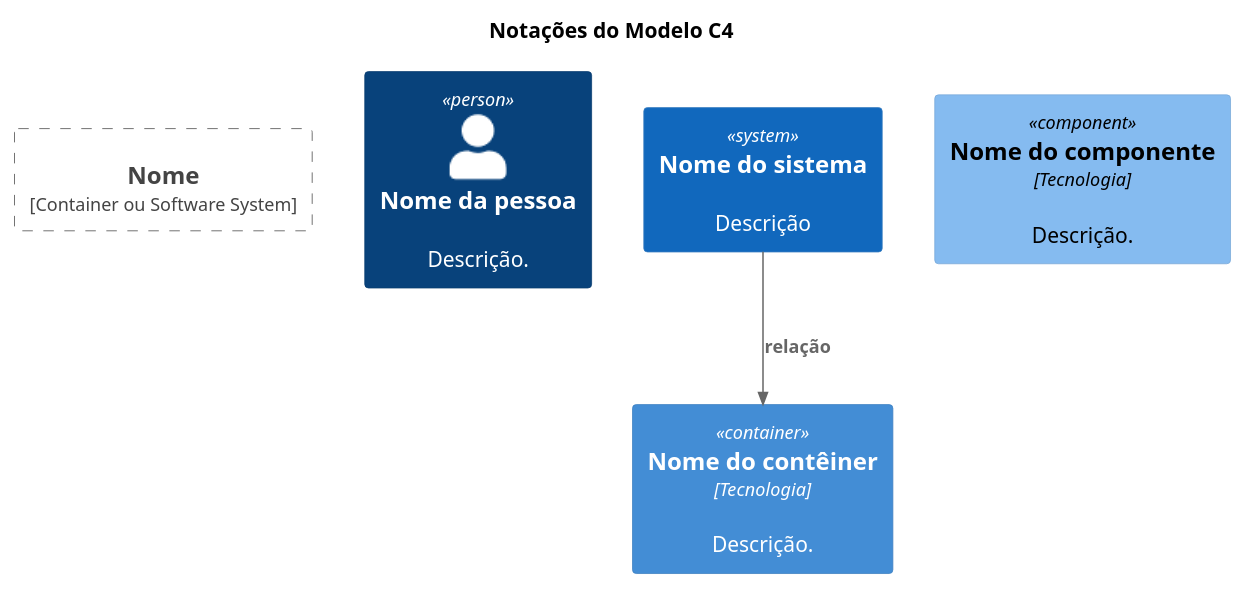
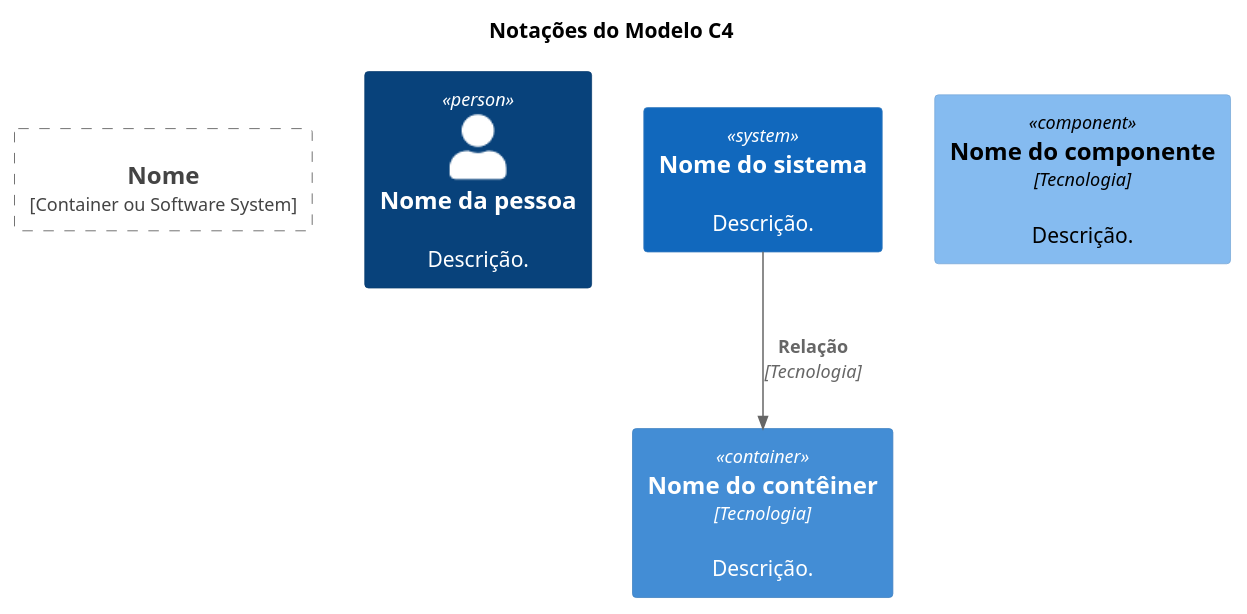
The diagram in notation.puml (cassiobotaro/modeloC4), drawn with PlantUML before and after one commit. The commit also changed 1 other file, not shown here.

```diff
--- a/notation.puml
+++ b/notation.puml
@@ -1,15 +1,15 @@
 @startuml Notation
 !include https://raw.githubusercontent.com/plantuml-stdlib/C4-PlantUML/master/C4_Container.puml
 !include https://raw.githubusercontent.com/plantuml-stdlib/C4-PlantUML/master/C4_Component.puml
 
 title Notações do Modelo C4
 
 Person(person, "Nome da pessoa", "Descrição.")
 Boundary(boundary, "Nome", "Container ou Software System") {
 }
 
-System(system, "Nome do sistema", "Descrição")
+System(system, "Nome do sistema", "Descrição.")
 Container(container, "Nome do contêiner", "Tecnologia", "Descrição.")
-Rel(system, container, "relação")
+Rel(system, container, "Relação", "Tecnologia")
 Component(component, "Nome do componente", "Tecnologia", "Descrição.")
 @enduml
```
